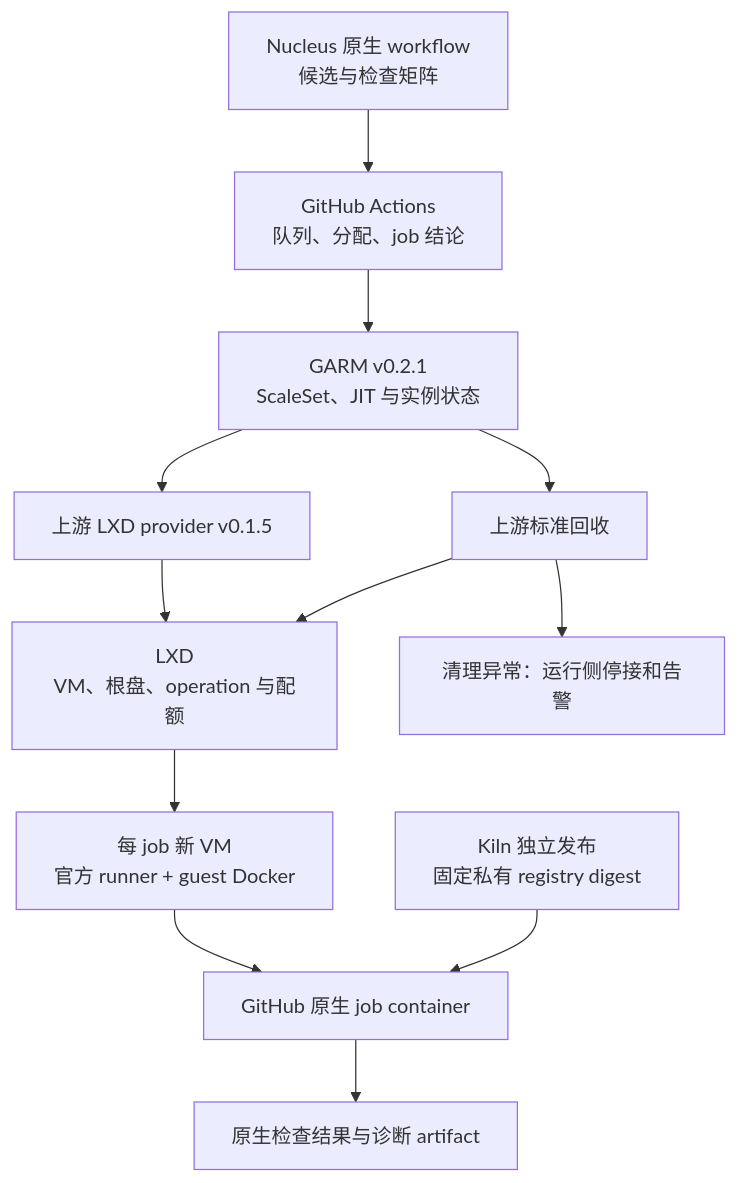
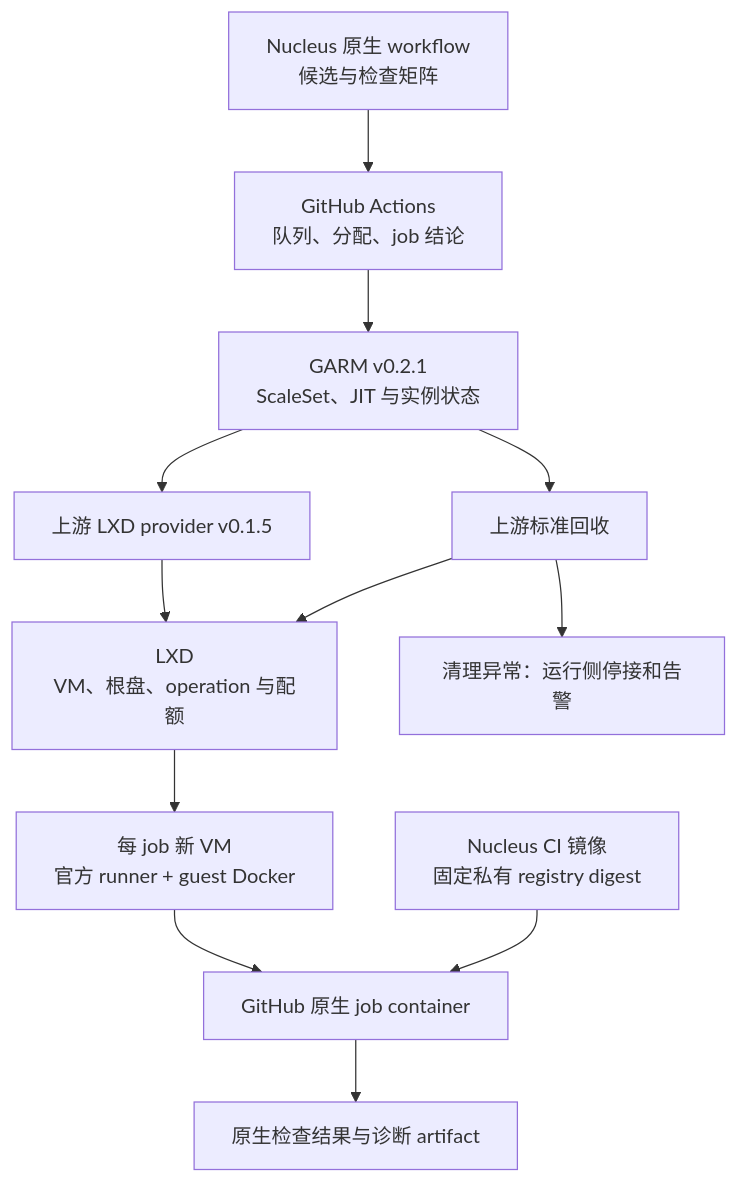
The diagram in ci-architecture.md (headironc/designs), drawn with Mermaid before and after one commit. The commit also changed other lines of this file and 3 other files, not shown here.

````diff
--- a/ci-architecture.md
+++ b/ci-architecture.md
@@ -45,14 +45,14 @@
 ```mermaid
 flowchart TD
     Workflow["Nucleus 原生 workflow<br/>候选与检查矩阵"] --> Actions["GitHub Actions<br/>队列、分配、job 结论"]
     Actions --> GARM["GARM v0.2.1<br/>ScaleSet、JIT 与实例状态"]
     GARM --> Provider["上游 LXD provider v0.1.5"]
     Provider --> LXD["LXD<br/>VM、根盘、operation 与配额"]
     LXD --> VM["每 job 新 VM<br/>官方 runner + guest Docker"]
     VM --> Container["GitHub 原生 job container"]
-    Kiln["Kiln 独立发布<br/>固定私有 registry digest"] --> Container
+    Image["Nucleus CI 镜像<br/>固定私有 registry digest"] --> Container
     Container --> Checks["原生检查结果与诊断 artifact"]
     GARM --> Cleanup["上游标准回收"]
     Cleanup --> LXD
     Cleanup --> Operations["清理异常：运行侧停接和告警"]
 ```
````
